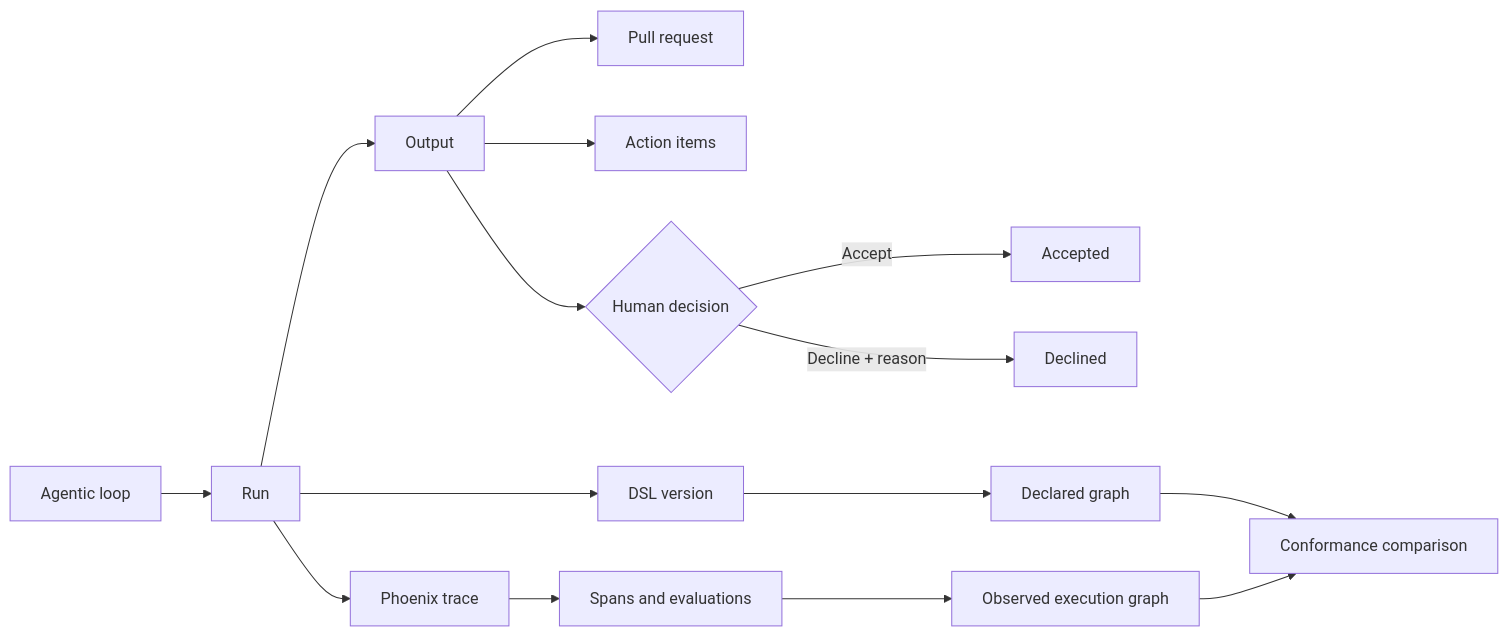
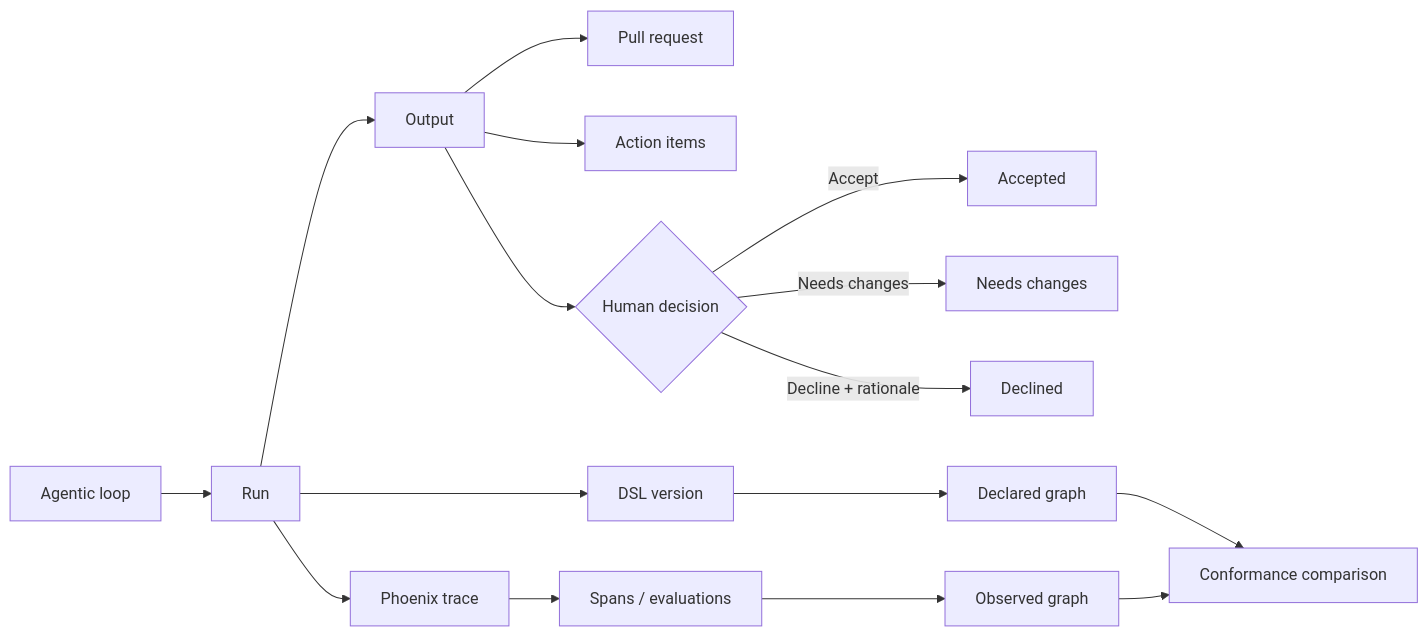
The diagram in README.md (ptw1255/agentic-loop-observability-dashboard), drawn with Mermaid before and after one commit. The commit also changed other lines of this file, not shown here.

````diff
--- a/README.md
+++ b/README.md
@@ -41,17 +138,18 @@
 ```mermaid
 flowchart LR
     L[Agentic loop] --> R[Run]
     R --> O[Output]
     O --> P[Pull request]
     O --> A[Action items]
     O --> D{Human decision}
     D -->|Accept| AC[Accepted]
-    D -->|Decline + reason| DE[Declined]
+    D -->|Needs changes| NC[Needs changes]
+    D -->|Decline + rationale| DE[Declined]
     R --> T[Phoenix trace]
-    T --> S[Spans and evaluations]
+    T --> S[Spans / evaluations]
     R --> X[DSL version]
     X --> G[Declared graph]
-    S --> G2[Observed execution graph]
+    S --> G2[Observed graph]
     G --> C[Conformance comparison]
     G2 --> C
 ```
````
